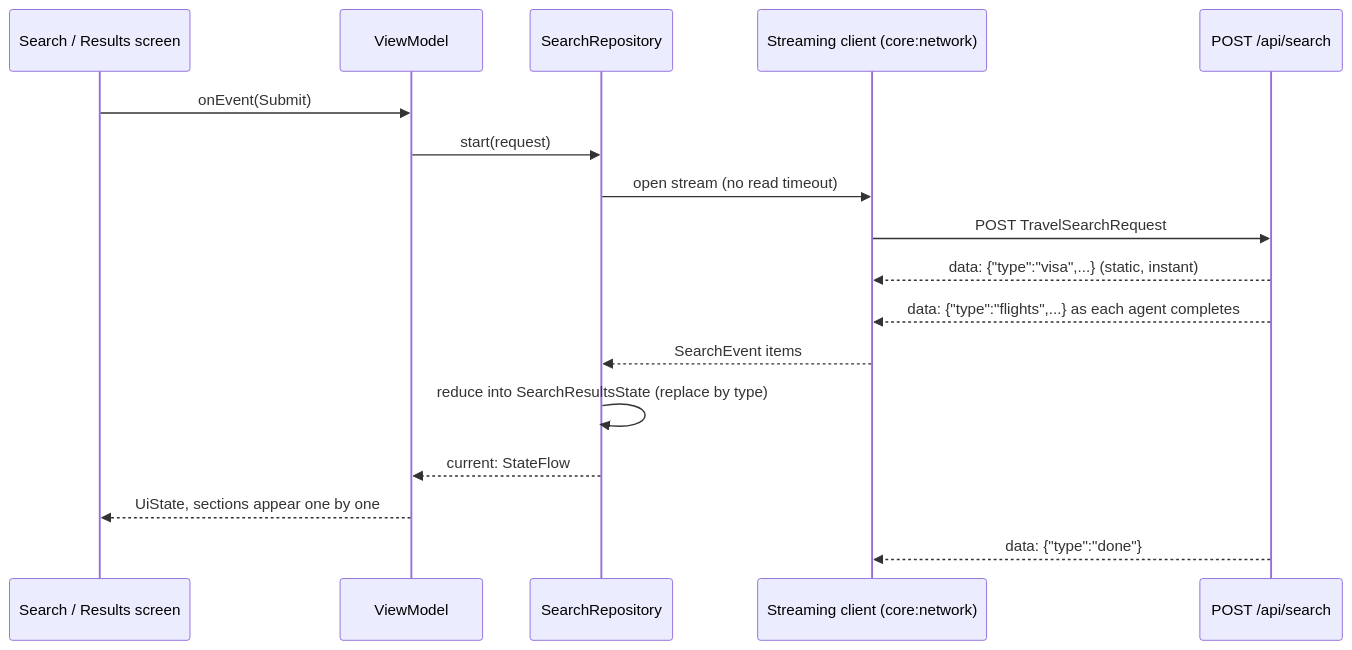
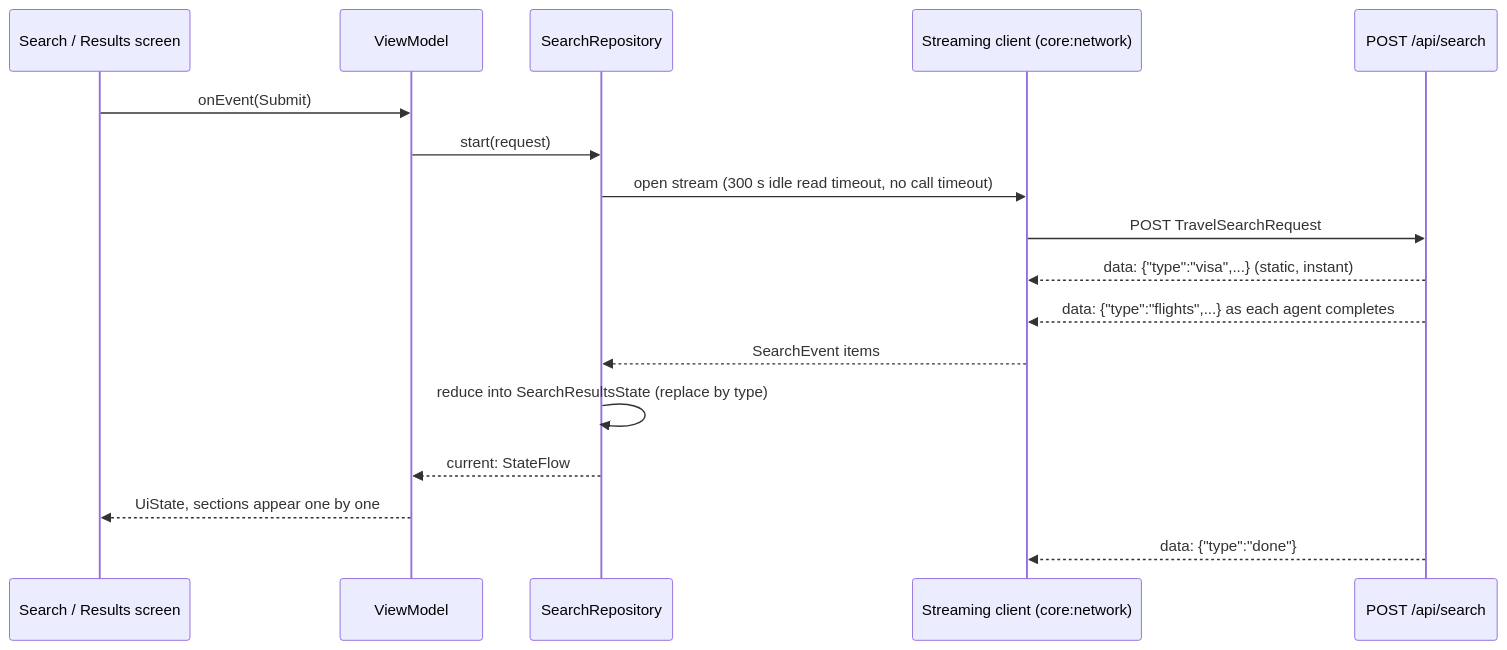
The third of 3 diagrams in docs/Architecture.md (rupakc/travel-planner-android), drawn with Mermaid before and after one commit. The commit also changed other lines of this file and 16 other files, not shown here.

````diff
--- a/docs/Architecture.md
+++ b/docs/Architecture.md
@@ -68,19 +69,19 @@
 ```mermaid
 sequenceDiagram
     participant UI as Search / Results screen
     participant VM as ViewModel
     participant Repo as SearchRepository
     participant SSE as Streaming client (core:network)
     participant API as POST /api/search
     UI->>VM: onEvent(Submit)
     VM->>Repo: start(request)
-    Repo->>SSE: open stream (no read timeout)
+    Repo->>SSE: open stream (300 s idle read timeout, no call timeout)
     SSE->>API: POST TravelSearchRequest
     API-->>SSE: data: {"type":"visa",...} (static, instant)
     API-->>SSE: data: {"type":"flights",...} as each agent completes
     SSE-->>Repo: SearchEvent items
     Repo->>Repo: reduce into SearchResultsState (replace by type)
     Repo-->>VM: current: StateFlow
     VM-->>UI: UiState, sections appear one by one
     API-->>SSE: data: {"type":"done"}
 ```
````
